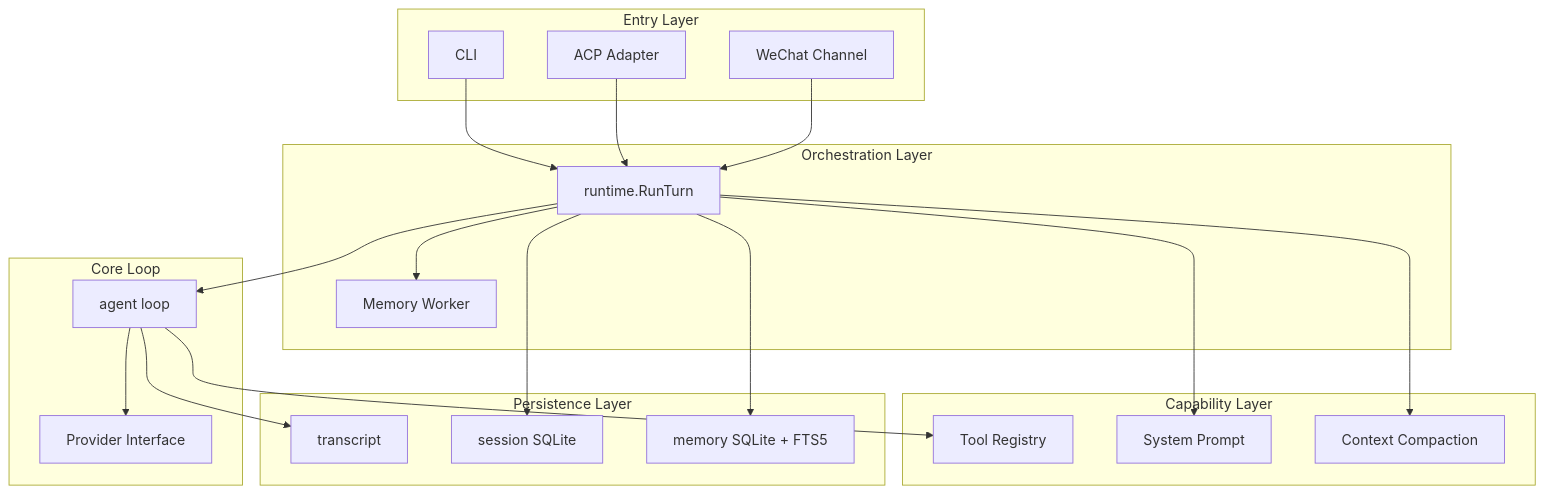
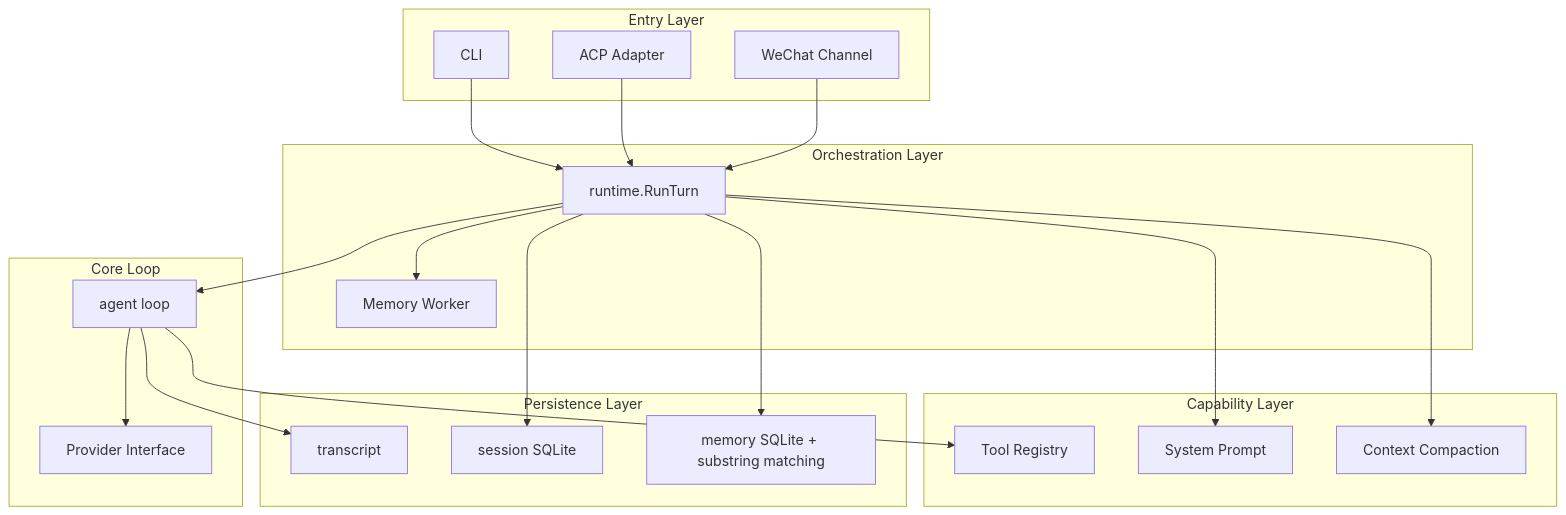
The first of 2 diagrams in docs/architecture.md (gvenusleo/Atlas), drawn with Mermaid before and after one commit. The commit also changed 15 other files, not shown here.

First line of the commit message:
refactor(memory): remove enabled flag, FTS5, and summary pipeline

````diff
--- a/docs/architecture.md
+++ b/docs/architecture.md
@@ -9,43 +9,43 @@
 ```mermaid
 graph TD
     subgraph Entry Layer
         CLI[CLI]
         ACP[ACP Adapter]
         WX[WeChat Channel]
     end
 
     subgraph Orchestration Layer
         RT[runtime.RunTurn]
         MW[Memory Worker]
     end
 
     subgraph Core Loop
         AG[agent loop]
         PR[Provider Interface]
     end
 
     subgraph Capability Layer
         TOOLS[Tool Registry]
         PRMPT[System Prompt]
         CMP[Context Compaction]
     end
 
     subgraph Persistence Layer
         TR[transcript]
         SS[session SQLite]
-        MS[memory SQLite + FTS5]
+        MS[memory SQLite + substring matching]
     end
 
     CLI --> RT
     ACP --> RT
     WX --> RT
     RT --> AG
     RT --> MW
     AG --> PR
     AG --> TOOLS
     RT --> PRMPT
     RT --> CMP
     RT --> MS
     AG --> TR
     RT --> SS
 ```
````
